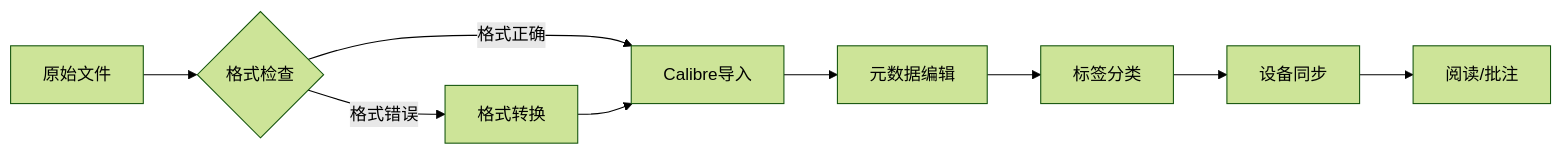
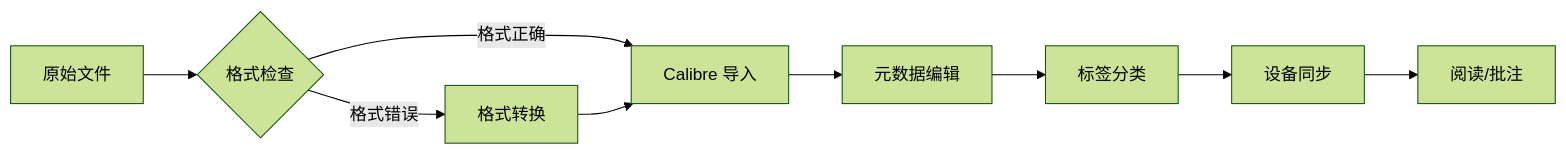
Before and after one commit to Tianshang301/TianshangKnowledgeBase: the diagram in 00_KnowledgeFramework/Ebooks/电子书管理与工具.md, drawn with Mermaid (forest theme). The commit also changed other lines of this file and 2257 other files, not shown here.

````diff
--- a/00_KnowledgeFramework/Ebooks/电子书管理与工具.md
+++ b/00_KnowledgeFramework/Ebooks/电子书管理与工具.md
@@ -87,11 +87,11 @@
 ```mermaid
 flowchart LR
     A[原始文件] --> B{格式检查}
-    B -->|格式正确| C[Calibre导入]
+    B -->|格式正确| C[Calibre 导入]
     B -->|格式错误| D[格式转换]
     D --> C
     C --> E[元数据编辑]
     E --> F[标签分类]
     F --> G[设备同步]
     G --> H[阅读/批注]
 ```
````
